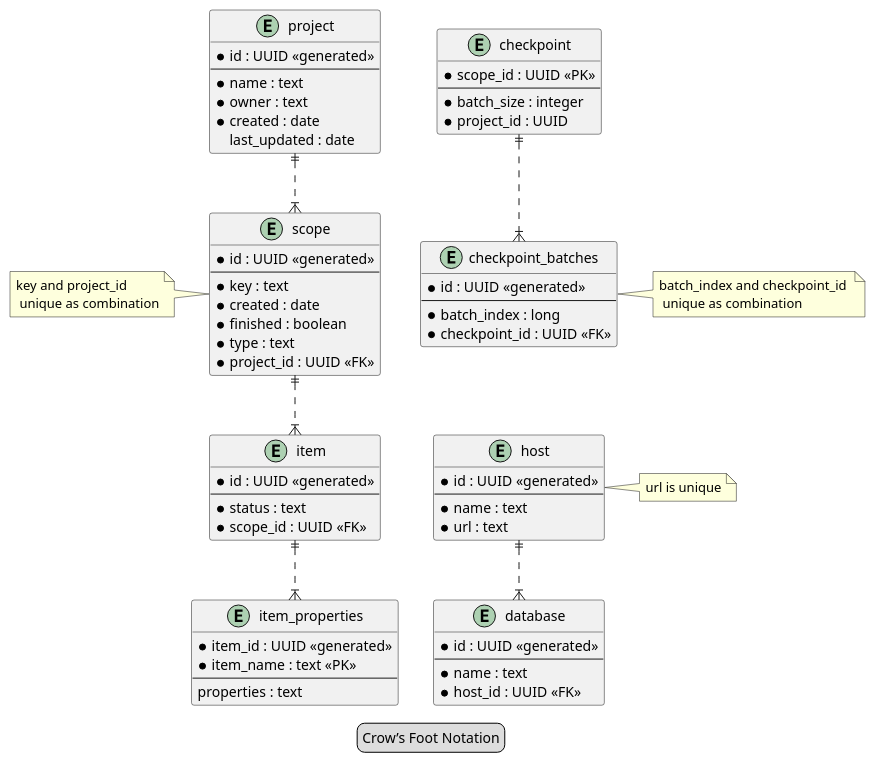
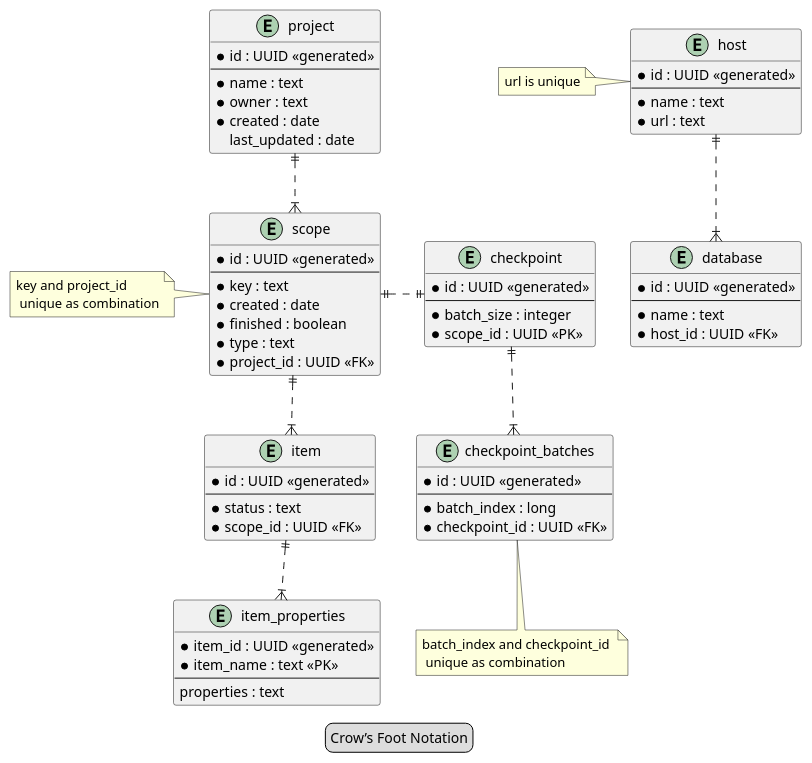
The diagram in data-migration-documentation/src/main/images/databaseModel.puml (TuncerCatalkaya/data-migration), drawn with PlantUML before and after one commit. The commit also changed 10 other files, not shown here.

```diff
--- a/data-migration-documentation/src/main/images/databaseModel.puml
+++ b/data-migration-documentation/src/main/images/databaseModel.puml
@@ -1,79 +1,81 @@
 @startuml
 legend Crow’s Foot Notation
 
 entity project {
     * id : UUID <<generated>>
     --
     * name : text
     * owner : text
     * created : date
     last_updated : date
 }
 
 entity scope {
     * id : UUID <<generated>>
     --
     * key : text
     * created : date
     * finished : boolean
     * type : text
     * project_id : UUID <<FK>>
 }
 
 entity item {
     * id : UUID <<generated>>
     --
     * status : text
     * scope_id : UUID <<FK>>
 }
 
 entity item_properties {
     * item_id : UUID <<generated>>
     * item_name : text <<PK>>
     --
     properties : text
 }
 
 entity checkpoint {
-    * scope_id : UUID <<PK>>
+    * id : UUID <<generated>>
     --
     * batch_size : integer
-    * project_id : UUID
+    * scope_id : UUID <<PK>>
 }
 
 entity checkpoint_batches {
     * id : UUID <<generated>>
     --
     * batch_index : long
     * checkpoint_id : UUID <<FK>>
 }
 
 entity host {
     * id : UUID <<generated>>
     --
     * name : text
     * url : text
 }
 
 entity database {
     * id : UUID <<generated>>
     --
     * name : text
     * host_id : UUID <<FK>>
 }
 
 note left of scope : key and project_id \n unique as combination
-note right of checkpoint_batches : batch_index and checkpoint_id \n unique as combination
-note right of host : url is unique
+note bottom of checkpoint_batches : batch_index and checkpoint_id \n unique as combination
+note left of host : url is unique
 
 project ||..|{ scope
 scope ||..|{ item
 item ||..|{ item_properties
 
+scope ||.|| checkpoint
+
 checkpoint ||..|{ checkpoint_batches
 
 host ||..|{ database
 
-checkpoint_batches -[hidden]-> host
+'checkpoint -[hidden]-> host
 
 @enduml
```
